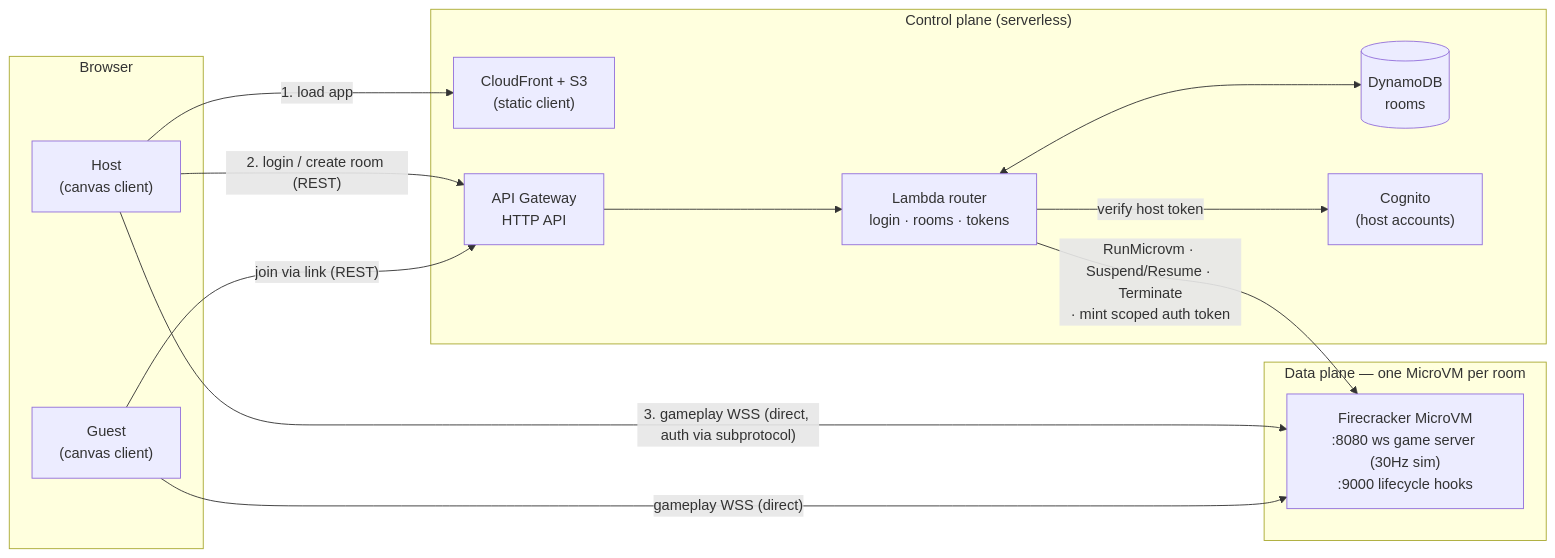
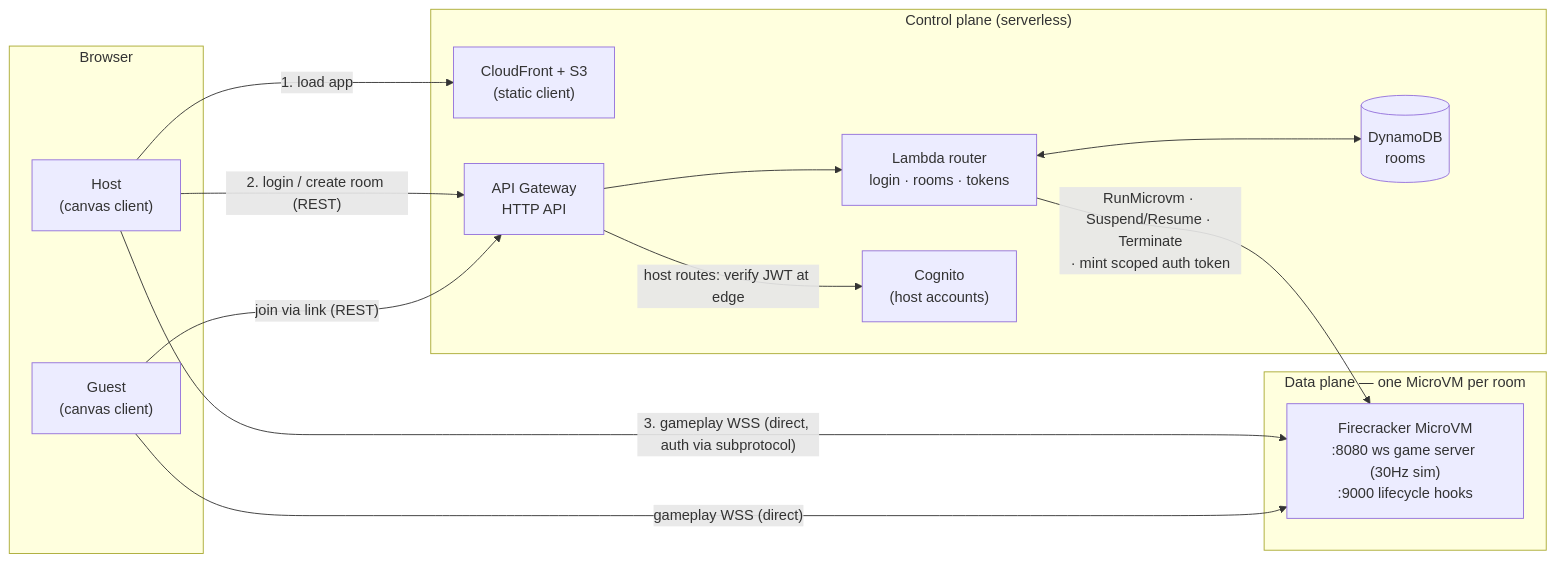
One commit to singledigit/faceteroids changed the diagram in README.md. Above: the diagram before and after it, drawn with Mermaid. The commit also changed other lines of this file and 26 other files, not shown here.

First line of the commit message:
Stop hand-rolling auth: edge JWT authorizer (hosts) + DDB sessions (guests)

````diff
--- a/README.md
+++ b/README.md
@@ -13,29 +13,29 @@
 ```mermaid
 flowchart LR
     subgraph Browser
         H["Host<br/>(canvas client)"]
         G["Guest<br/>(canvas client)"]
     end
 
     subgraph CP["Control plane (serverless)"]
         CF["CloudFront + S3<br/>(static client)"]
         API["API Gateway<br/>HTTP API"]
         L["Lambda router<br/>login · rooms · tokens"]
         DB[("DynamoDB<br/>rooms")]
         COG["Cognito<br/>(host accounts)"]
     end
 
     subgraph DP["Data plane — one MicroVM per room"]
         VM["Firecracker MicroVM<br/>:8080 ws game server (30Hz sim)<br/>:9000 lifecycle hooks"]
     end
 
     H -- "1. load app" --> CF
     H -- "2. login / create room (REST)" --> API
     G -- "join via link (REST)" --> API
+    API -- "host routes: verify JWT at edge" --> COG
     API --> L
     L <--> DB
-    L -- "verify host token" --> COG
     L -- "RunMicrovm · Suspend/Resume · Terminate<br/>· mint scoped auth token" --> VM
     H -- "3. gameplay WSS (direct, auth via subprotocol)" --> VM
     G -- "gameplay WSS (direct)" --> VM
 ```
````
